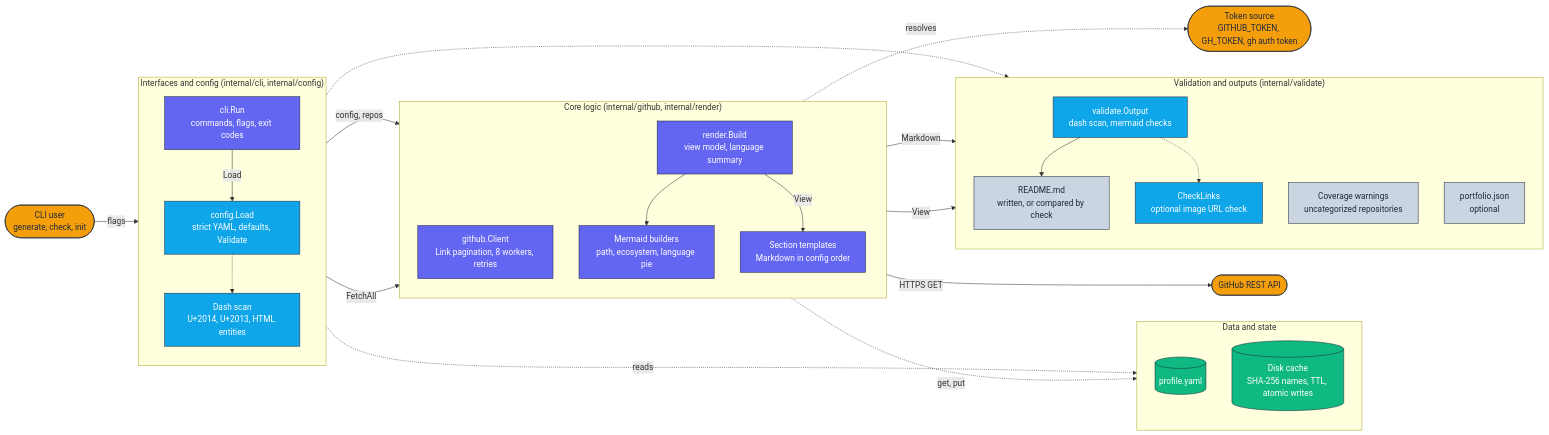
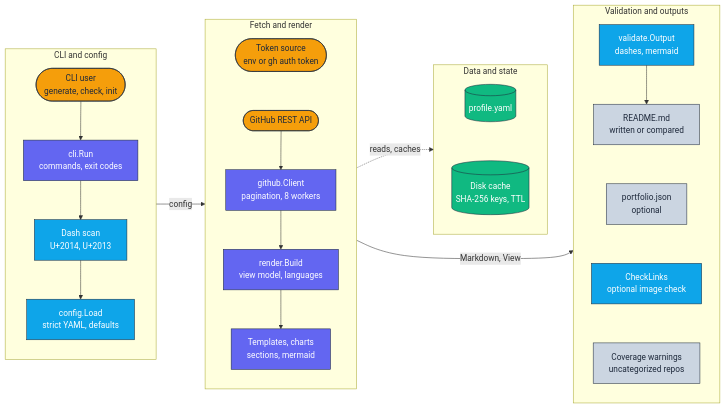
The diagram in docs/architecture/architecture.mmd (adeoluo/profile-forge), drawn with Mermaid before and after one commit. The commit also changed 1 other file, not shown here.

Commit message:
docs: compact horizontal architecture diagram

```diff
--- a/docs/architecture/architecture.mmd
+++ b/docs/architecture/architecture.mmd
@@ -1,57 +1,47 @@
 flowchart LR
     classDef edge     fill:#F59E0B,stroke:#1E293B,color:#1E293B,stroke-width:1px;
     classDef core     fill:#6366F1,stroke:#1E293B,color:#ffffff,stroke-width:1px;
     classDef data     fill:#10B981,stroke:#1E293B,color:#ffffff,stroke-width:1px;
     classDef control  fill:#0EA5E9,stroke:#1E293B,color:#ffffff,stroke-width:1px;
     classDef obs      fill:#CBD5E1,stroke:#1E293B,color:#1E293B,stroke-width:1px;
 
-    User(["CLI user<br/>generate, check, init"]):::edge
-    Api(["GitHub REST API"]):::edge
-    Token(["Token source<br/>GITHUB_TOKEN, GH_TOKEN, gh auth token"]):::edge
-
-    subgraph Io["Interfaces and config (internal/cli, internal/config)"]
+    subgraph Interfaces["CLI and config"]
         direction TB
-        Cli["cli.Run<br/>commands, flags, exit codes"]:::core
-        Config["config.Load<br/>strict YAML, defaults, Validate"]:::control
-        Dashes["Dash scan<br/>U+2014, U+2013, HTML entities"]:::control
+        User(["CLI user<br/>generate, check, init"]):::edge
+        Cli["cli.Run<br/>commands, exit codes"]:::core
+        Dashes["Dash scan<br/>U+2014, U+2013"]:::control
+        Config["config.Load<br/>strict YAML, defaults"]:::control
+        User --> Cli --> Dashes --> Config
     end
 
-    subgraph Core["Core logic (internal/github, internal/render)"]
+    subgraph Core["Fetch and render"]
         direction TB
-        Client["github.Client<br/>Link pagination, 8 workers, retries"]:::core
-        Build["render.Build<br/>view model, language summary"]:::core
-        Charts["Mermaid builders<br/>path, ecosystem, language pie"]:::core
-        Tmpl["Section templates<br/>Markdown in config order"]:::core
+        Token(["Token source<br/>env or gh auth token"]):::edge
+        Api(["GitHub REST API"]):::edge
+        Client["github.Client<br/>pagination, 8 workers"]:::core
+        Build["render.Build<br/>view model, languages"]:::core
+        Tmpl["Templates, charts<br/>sections, mermaid"]:::core
+        Token ~~~ Api --> Client --> Build --> Tmpl
     end
 
     subgraph State["Data and state"]
         direction TB
         Yaml[("profile.yaml")]:::data
-        Cache[("Disk cache<br/>SHA-256 names, TTL, atomic writes")]:::data
+        Cache[("Disk cache<br/>SHA-256 keys, TTL")]:::data
+        Yaml ~~~ Cache
     end
 
-    subgraph Out["Validation and outputs (internal/validate)"]
+    subgraph Obs["Validation and outputs"]
         direction TB
-        Validate["validate.Output<br/>dash scan, mermaid checks"]:::control
-        Links["CheckLinks<br/>optional image URL check"]:::control
-        Coverage["Coverage warnings<br/>uncategorized repositories"]:::obs
-        Readme["README.md<br/>written, or compared by check"]:::obs
+        Validate["validate.Output<br/>dashes, mermaid"]:::control
+        Readme["README.md<br/>written or compared"]:::obs
         Json["portfolio.json<br/>optional"]:::obs
+        Links["CheckLinks<br/>optional image check"]:::control
+        Coverage["Coverage warnings<br/>uncategorized repos"]:::obs
+        Validate --> Readme ~~~ Json ~~~ Links ~~~ Coverage
     end
 
-    User -->|flags| Cli
-    Cli -->|Load| Config
-    Config -.->|reads| Yaml
-    Config -.-> Dashes
-    Cli -->|FetchAll| Client
-    Client -.->|resolves| Token
-    Client -->|HTTPS GET| Api
-    Client -.->|get, put| Cache
-    Cli -->|config, repos| Build
-    Build --> Charts
-    Build -->|View| Tmpl
-    Build -->|View| Json
-    Tmpl -->|Markdown| Validate
-    Validate --> Readme
-    Validate -.-> Links
-    Cli -.-> Coverage
+    Interfaces -->|config| Core
+    Core -.->|reads, caches| State
+    State ~~~ Obs
+    Core -->|Markdown, View| Obs
```
